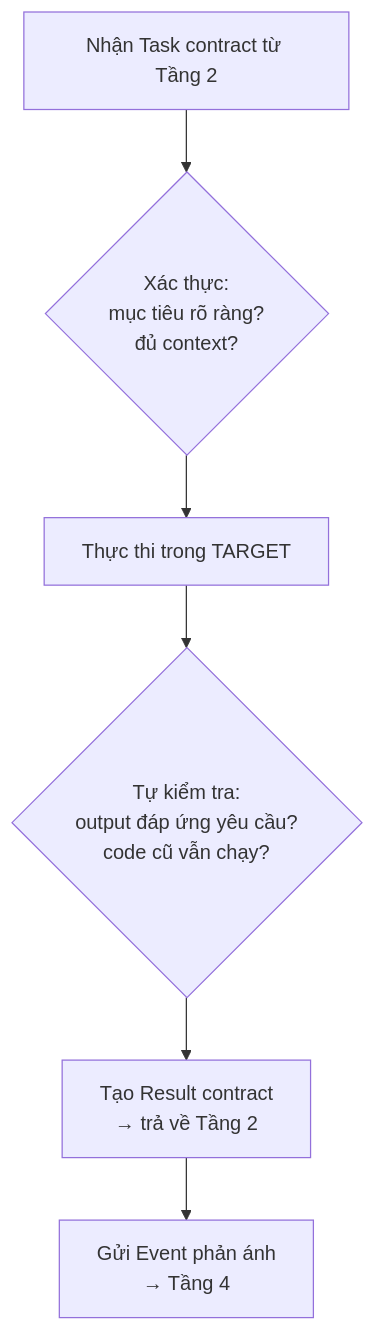
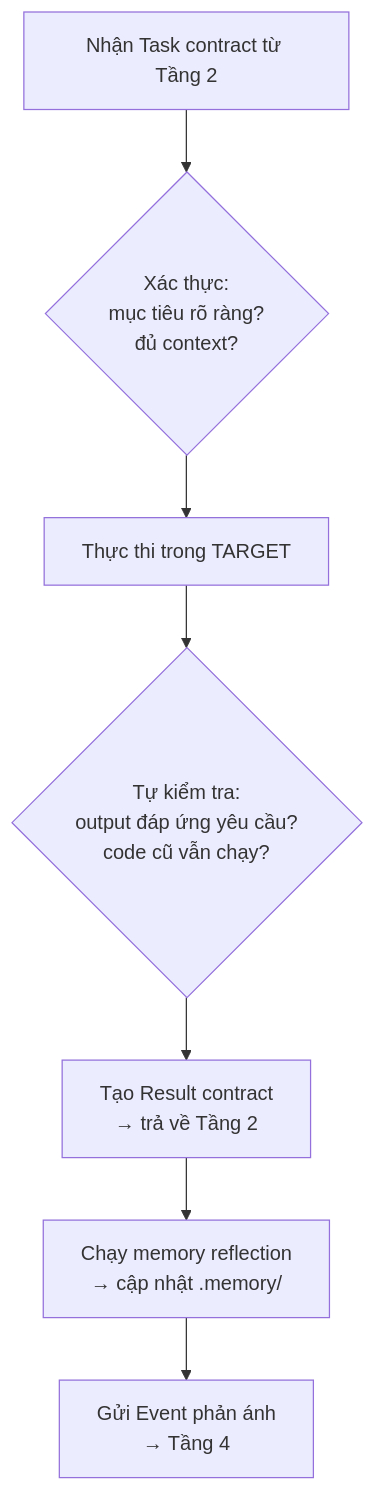
The diagram in runtime/layers/03-worker.md (kitajima2910/pxhopencode), drawn with Mermaid before and after one commit. The commit also changed 5 other files, not shown here.

````diff
--- a/runtime/layers/03-worker.md
+++ b/runtime/layers/03-worker.md
@@ -21,8 +21,9 @@
 ```mermaid
 flowchart TD
     A[Nhận Task contract từ Tầng 2] --> B{"Xác thực:<br/>mục tiêu rõ ràng?<br/>đủ context?"}
     B --> C[Thực thi trong TARGET]
     C --> D{"Tự kiểm tra:<br/>output đáp ứng yêu cầu?<br/>code cũ vẫn chạy?"}
     D --> E[Tạo Result contract<br/>→ trả về Tầng 2]
-    E --> F[Gửi Event phản ánh<br/>→ Tầng 4]
+    E --> F[Chạy memory reflection<br/>→ cập nhật .memory/]
+    F --> G[Gửi Event phản ánh<br/>→ Tầng 4]
 ```
````
